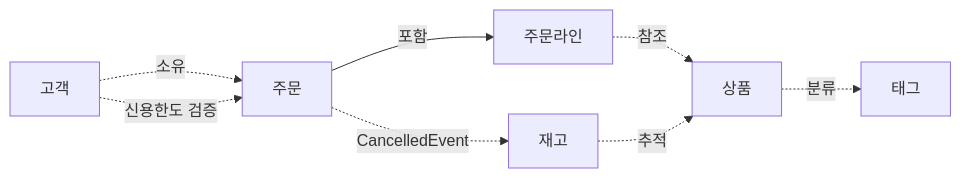
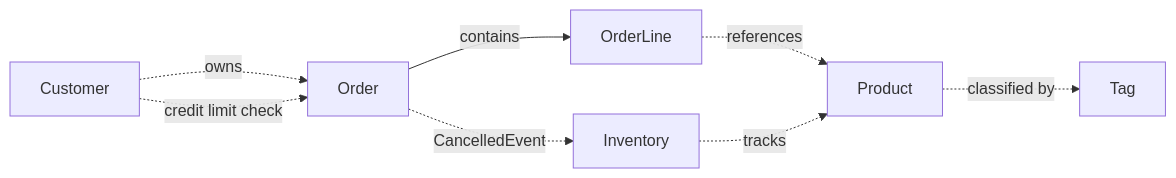
One commit to hhko/Functorium changed the second of 3 diagrams in Docs.Site/src/content/docs/samples/ecommerce-ddd/domain/00-business-requirements.md. Above: the diagram before and after it, drawn with Mermaid. The commit also changed other lines of this file and 39 other files, not shown here.

Commit message:
docs(i18n): ecommerce-ddd 샘플, architecture-rules 튜토리얼, specification 서론 영문 번역

````diff
--- a/Docs.Site/src/content/docs/samples/ecommerce-ddd/domain/00-business-requirements.md
+++ b/Docs.Site/src/content/docs/samples/ecommerce-ddd/domain/00-business-requirements.md
@@ -132,18 +132,18 @@
 ```mermaid
 flowchart LR
-    Customer["고객"]
-    Order["주문"]
-    OrderLine["주문라인"]
-    Product["상품"]
-    Tag["태그"]
-    Inventory["재고"]
+    Customer["Customer"]
+    Order["Order"]
+    OrderLine["OrderLine"]
+    Product["Product"]
+    Tag["Tag"]
+    Inventory["Inventory"]
 
-    Customer -. "소유" .-> Order
-    Order -- "포함" --> OrderLine
-    OrderLine -. "참조" .-> Product
-    Product -. "분류" .-> Tag
-    Inventory -. "추적" .-> Product
+    Customer -. "owns" .-> Order
+    Order -- "contains" --> OrderLine
+    OrderLine -. "references" .-> Product
+    Product -. "classified by" .-> Tag
+    Inventory -. "tracks" .-> Product
 
-    Customer -. "신용한도 검증" .-> Order
+    Customer -. "credit limit check" .-> Order
     Order -. "CancelledEvent" .-> Inventory
 ```
````
